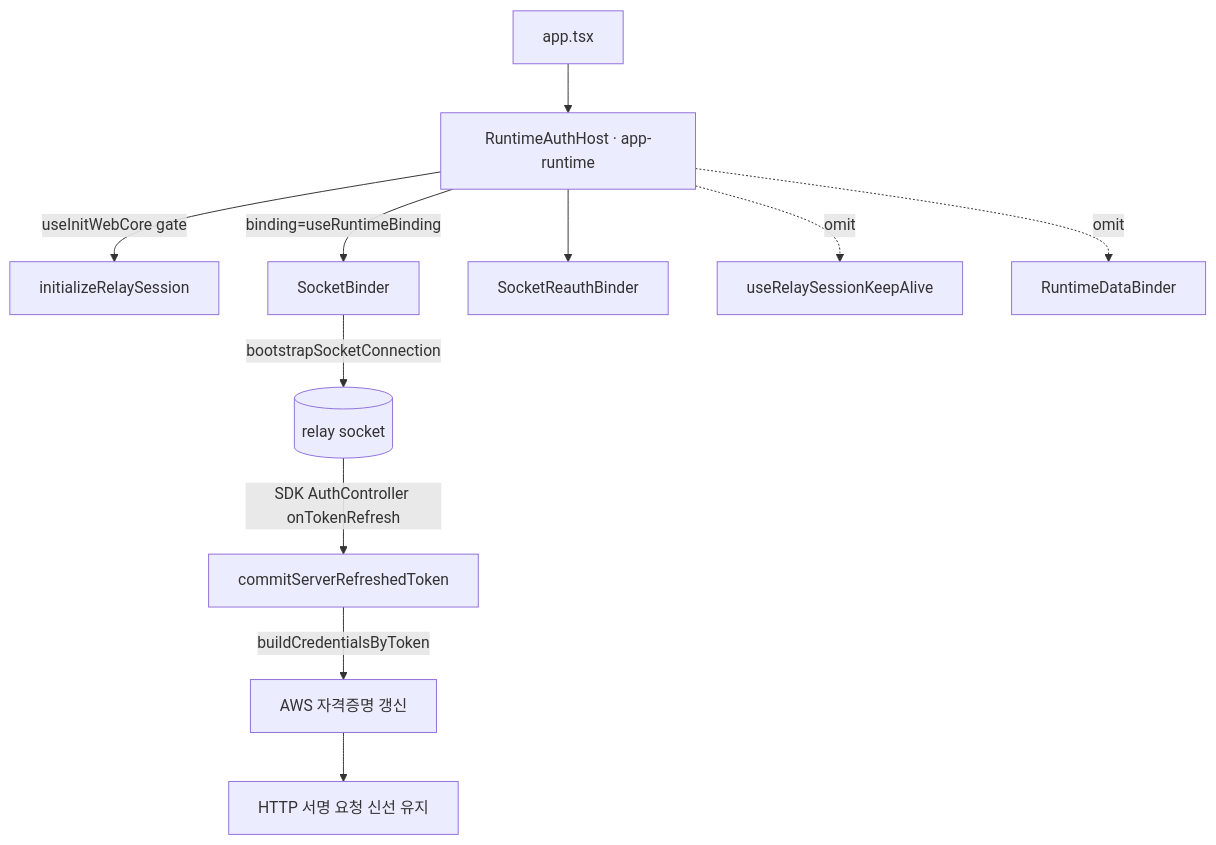
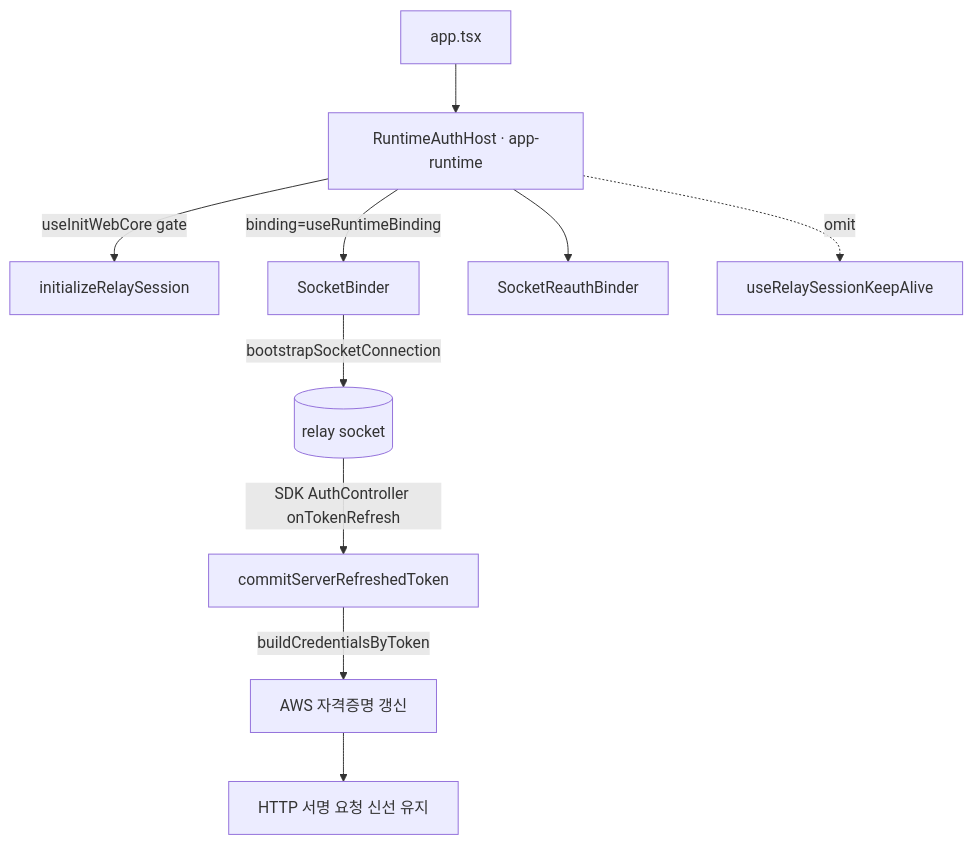
The second of 2 diagrams in apps/admin-v2/docs/specs/auth-session/spec.md (lemoncloud-io/dou-app), drawn with Mermaid before and after one commit. The commit also changed other lines of this file and 972 other files, not shown here.

````diff
--- a/apps/admin-v2/docs/specs/auth-session/spec.md
+++ b/apps/admin-v2/docs/specs/auth-session/spec.md
@@ -74,13 +75,12 @@
 ```mermaid
 flowchart TD
     App[app.tsx] --> Host[RuntimeAuthHost · app-runtime]
     Host -->|useInitWebCore gate| Init[initializeRelaySession]
     Host -->|binding=useRuntimeBinding| SB[SocketBinder]
     Host --> SRB[SocketReauthBinder]
     Host -.->|omit| KA[useRelaySessionKeepAlive]
-    Host -.->|omit| DB[RuntimeDataBinder]
     SB -->|bootstrapSocketConnection| Sock[(relay socket)]
     Sock -->|SDK AuthController onTokenRefresh| Commit[commitServerRefreshedToken]
     Commit -->|buildCredentialsByToken| Creds[AWS 자격증명 갱신]
     Creds --> HTTP[HTTP 서명 요청 신선 유지]
 ```
````
